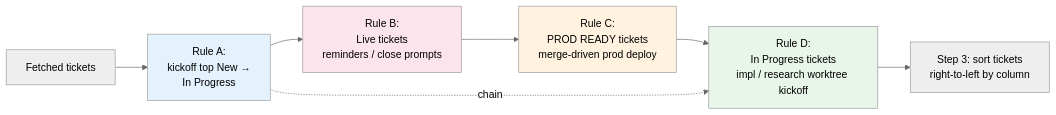
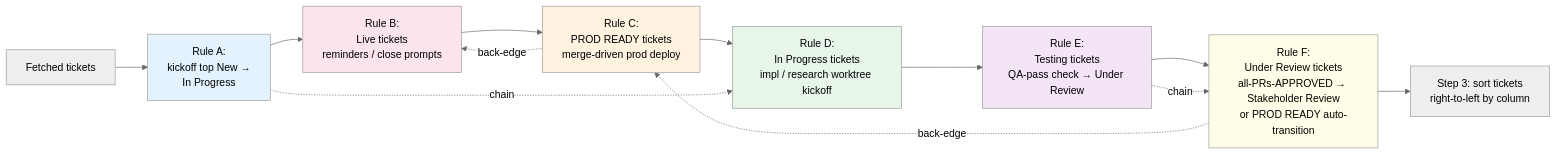
Before and after one commit to fabiano001/claude-config: the first of 7 diagrams in skills/jira-sprint-manager/SKILL.md, drawn with Mermaid (neutral theme). The commit also changed other lines of this file and 17 other files, not shown here.

````diff
--- a/skills/jira-sprint-manager/SKILL.md
+++ b/skills/jira-sprint-manager/SKILL.md
@@ -45,13 +84,20 @@
 ```mermaid
 flowchart LR
     Start[Fetched tickets] --> A[Rule A:<br/>kickoff top New →<br/>In Progress]
     A --> B[Rule B:<br/>Live tickets<br/>reminders / close prompts]
     B --> C[Rule C:<br/>PROD READY tickets<br/>merge-driven prod deploy]
     C --> D[Rule D:<br/>In Progress tickets<br/>impl / research worktree kickoff]
-    D --> Sort[Step 3: sort tickets<br/>right-to-left by column]
+    D --> E[Rule E:<br/>Testing tickets<br/>QA-pass check → Under Review]
+    E --> F[Rule F:<br/>Under Review tickets<br/>all-PRs-APPROVED → Stakeholder Review<br/>or PROD READY auto-transition]
+    F --> Sort[Step 3: sort tickets<br/>right-to-left by column]
     A -.chain.-> D
+    E -.chain.-> F
+    F -.back-edge.-> C
+    C -.back-edge.-> B
     style A fill:#e3f2fd
     style B fill:#fce4ec
     style C fill:#fff3e0
     style D fill:#e8f5e9
+    style E fill:#f3e5f5
+    style F fill:#fffde7
 ```
````
